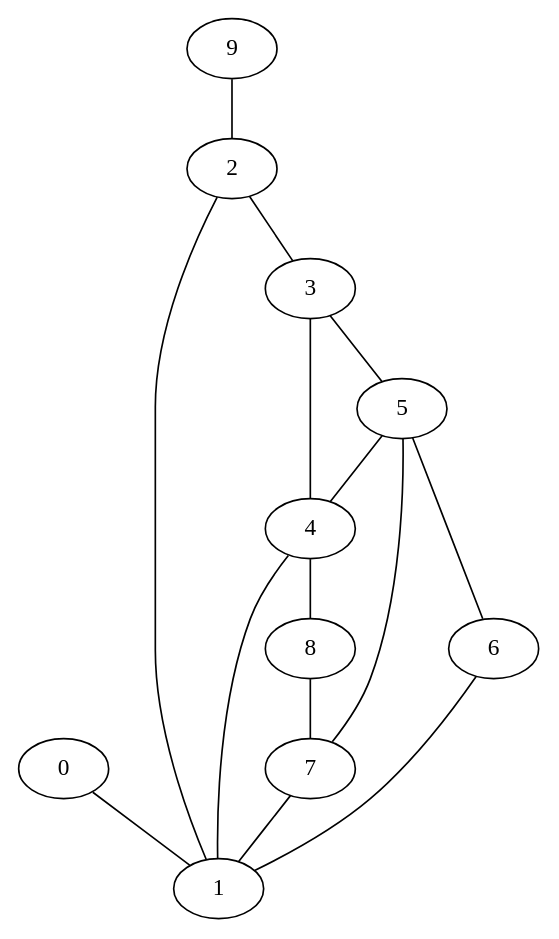
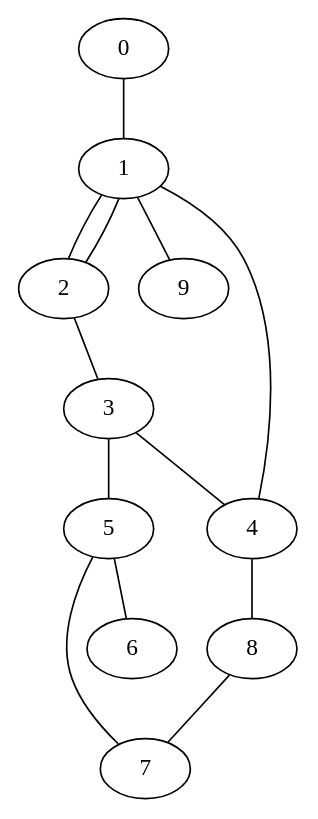
One commit to abemac/verilog-to-fsm changed the diagram in state_encoding/yuan_alg/run/graph1.dot. Above: the diagram before and after it, drawn with Graphviz. The commit also changed 3 other files, not shown here.

```diff
--- a/state_encoding/yuan_alg/run/graph1.dot
+++ b/state_encoding/yuan_alg/run/graph1.dot
@@ -1,16 +1,14 @@
 graph fsm {
 0 -- 1;
+1 -- 2;
+1 -- 9;
 2 -- 1;
 2 -- 3;
 3 -- 5;
 3 -- 4;
 4 -- 1;
 4 -- 8;
-5 -- 4;
 5 -- 7;
 5 -- 6;
-6 -- 1;
-7 -- 1;
 8 -- 7;
-9 -- 2;
 }
```
